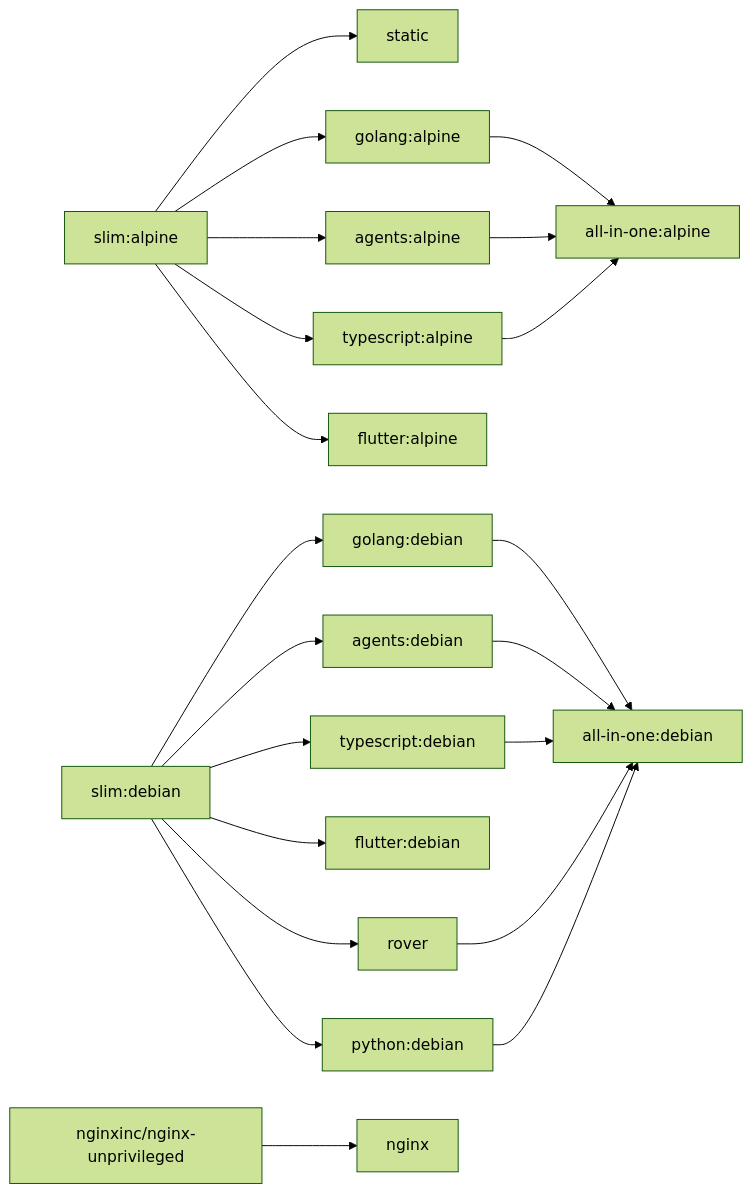
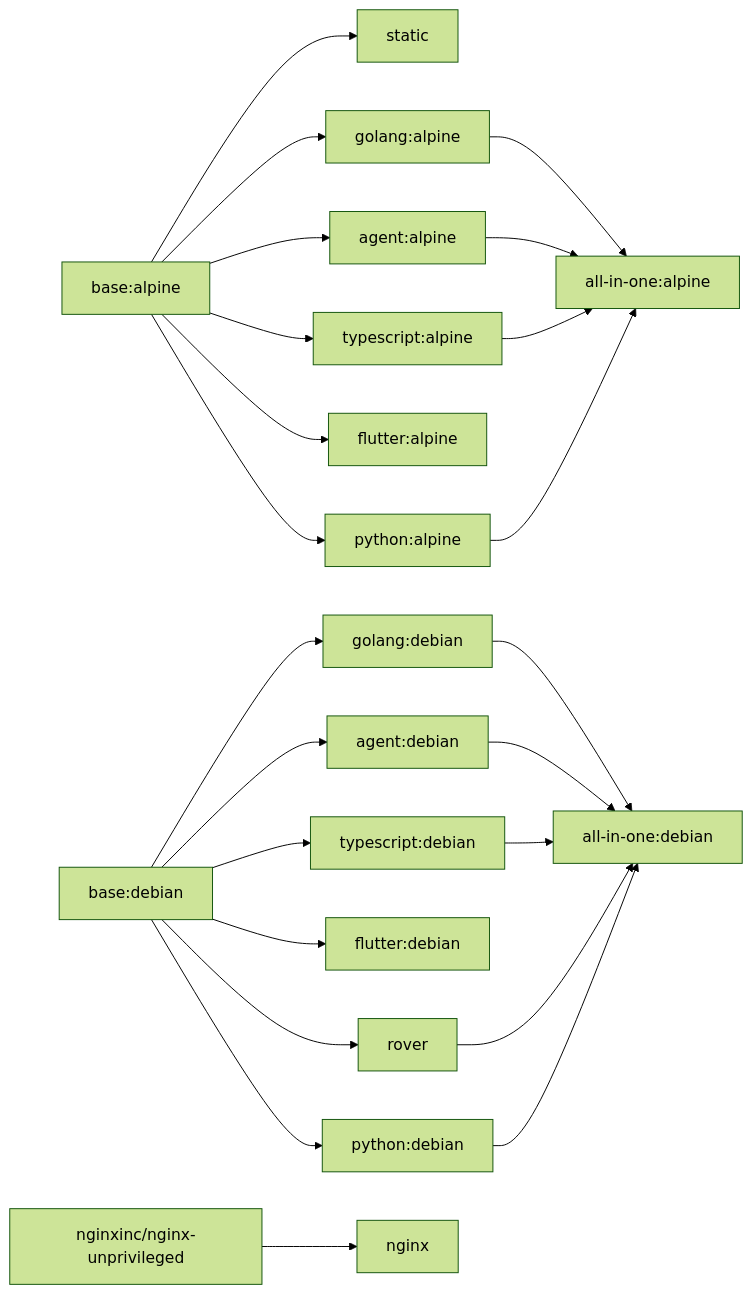
One commit to pyck-ai/baseimages changed the diagram in README.md. Above: the diagram before and after it, drawn with Mermaid (forest theme). The commit also changed other lines of this file and 7 other files, not shown here.

First line of the commit message:
Rename the slim base image to base

````diff
--- a/README.md
+++ b/README.md
@@ -58,31 +88,33 @@
 ```mermaid
 graph LR
-  slim-alpine["slim:alpine"]
-  slim-debian["slim:debian"]
+  base-alpine["base:alpine"]
+  base-debian["base:debian"]
   nginx-base["nginxinc/nginx-unprivileged"]
 
-  slim-alpine --> static
-  slim-alpine --> golang-alpine["golang:alpine"]
-  slim-alpine --> agents-alpine["agents:alpine"]
-  slim-alpine --> typescript-alpine["typescript:alpine"]
-  slim-alpine --> flutter-alpine["flutter:alpine"]
+  base-alpine --> static
+  base-alpine --> golang-alpine["golang:alpine"]
+  base-alpine --> agent-alpine["agent:alpine"]
+  base-alpine --> typescript-alpine["typescript:alpine"]
+  base-alpine --> flutter-alpine["flutter:alpine"]
+  base-alpine --> python-alpine["python:alpine"]
 
-  slim-debian --> golang-debian["golang:debian"]
-  slim-debian --> agents-debian["agents:debian"]
-  slim-debian --> typescript-debian["typescript:debian"]
-  slim-debian --> flutter-debian["flutter:debian"]
-  slim-debian --> python-debian["python:debian"]
-  slim-debian --> rover
+  base-debian --> golang-debian["golang:debian"]
+  base-debian --> agent-debian["agent:debian"]
+  base-debian --> typescript-debian["typescript:debian"]
+  base-debian --> flutter-debian["flutter:debian"]
+  base-debian --> python-debian["python:debian"]
+  base-debian --> rover
 
   golang-alpine --> aio-alpine["all-in-one:alpine"]
-  agents-alpine --> aio-alpine
+  agent-alpine --> aio-alpine
   typescript-alpine --> aio-alpine
+  python-alpine --> aio-alpine
 
   golang-debian --> aio-debian["all-in-one:debian"]
-  agents-debian --> aio-debian
+  agent-debian --> aio-debian
   typescript-debian --> aio-debian
   rover --> aio-debian
   python-debian --> aio-debian
 
   nginx-base --> nginx
 ```
````
